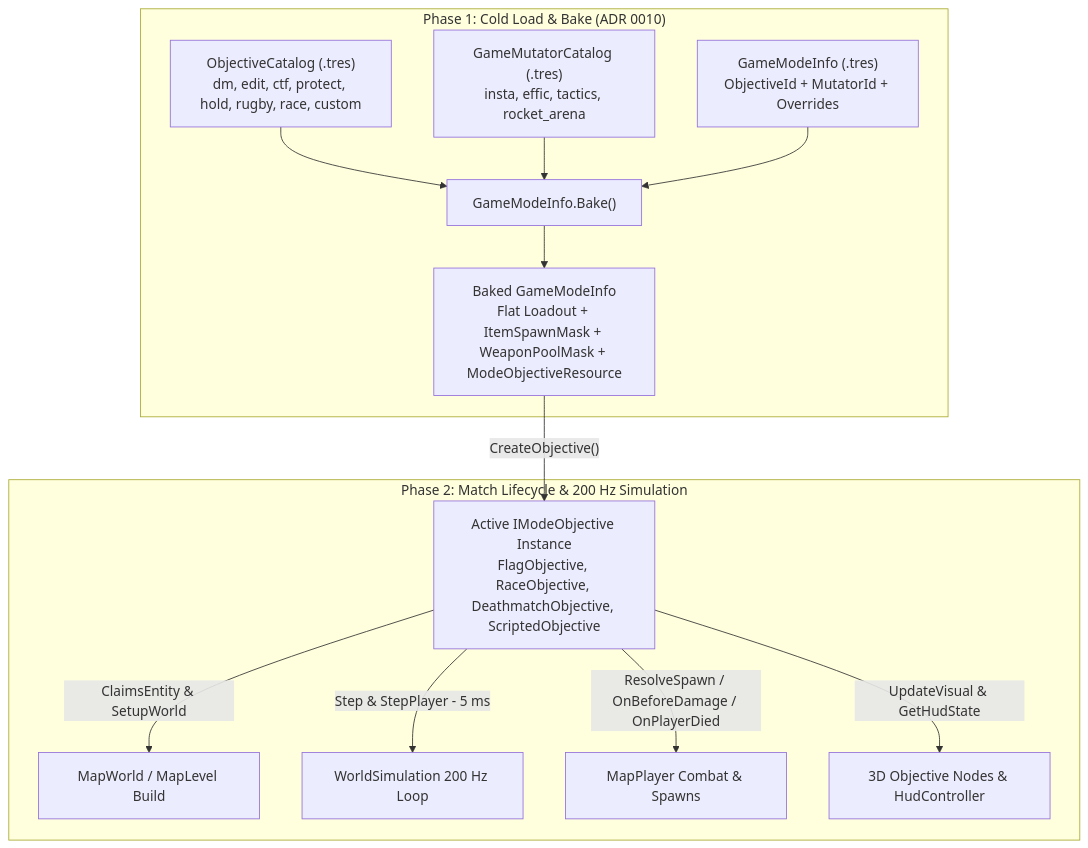
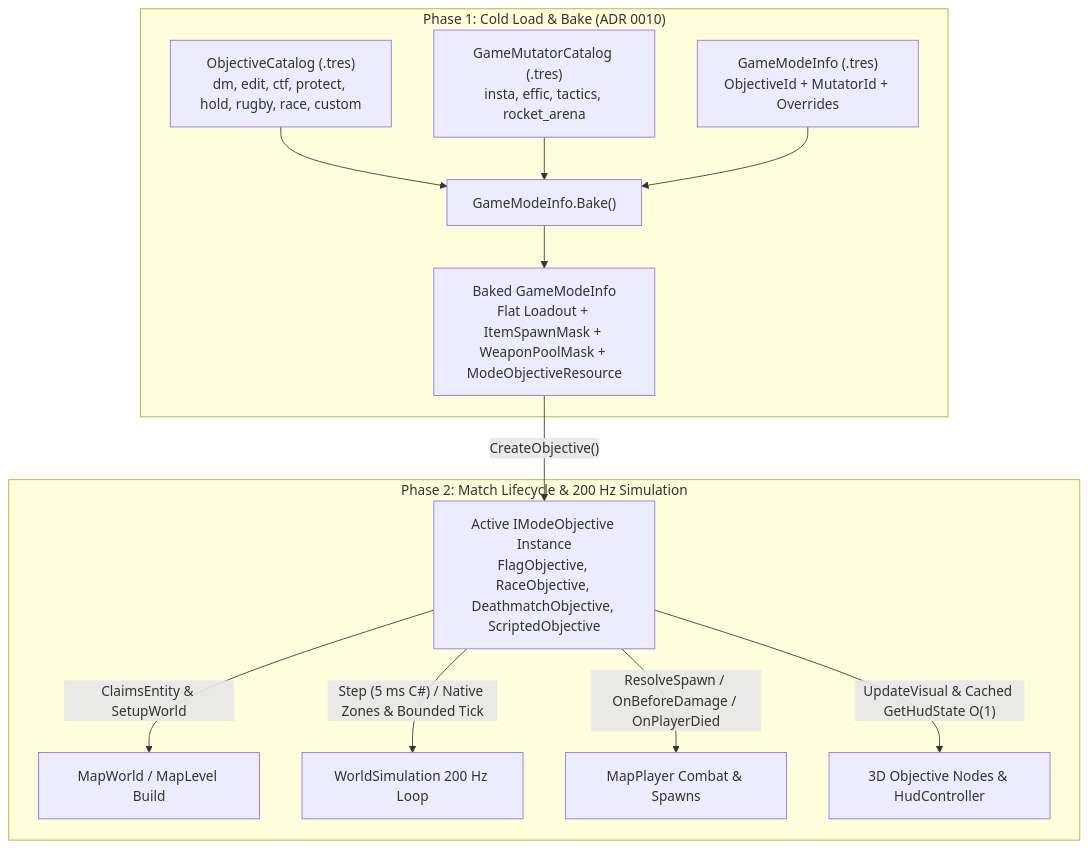
One commit to Fohlen/sauerbraten-revival changed the diagram in docs/adr/0012-gamemode-modding.md. Above: the diagram before and after it, drawn with Mermaid. The commit also changed other lines of this file, not shown here.

Commit message:
docs(adr-0012): update gamemode modding spec with event-driven and bounded script API

````diff
--- a/docs/adr/0012-gamemode-modding.md
+++ b/docs/adr/0012-gamemode-modding.md
@@ -62,17 +62,17 @@
 ```mermaid
 flowchart TD
     subgraph ColdLoad["Phase 1: Cold Load & Bake (ADR 0010)"]
         ObjCat["ObjectiveCatalog (.tres)\ndm, edit, ctf, protect, hold, rugby, race, custom"] --> Bake["GameModeInfo.Bake()"]
         MutCat["GameMutatorCatalog (.tres)\ninsta, effic, tactics, rocket_arena"] --> Bake
         ModeCat["GameModeInfo (.tres)\nObjectiveId + MutatorId + Overrides"] --> Bake
         Bake --> BakedMode["Baked GameModeInfo\nFlat Loadout + ItemSpawnMask + WeaponPoolMask + ModeObjectiveResource"]
     end
 
     subgraph Runtime["Phase 2: Match Lifecycle & 200 Hz Simulation"]
         BakedMode -->|"CreateObjective()"| ObjInst["Active IModeObjective Instance\nFlagObjective, RaceObjective, DeathmatchObjective, ScriptedObjective"]
         ObjInst -->|"ClaimsEntity & SetupWorld"| WorldBuild["MapWorld / MapLevel Build"]
-        ObjInst -->|"Step & StepPlayer - 5 ms"| SimLoop["WorldSimulation 200 Hz Loop"]
+        ObjInst -->|"Step (5 ms C#) / Native Zones & Bounded Tick"| SimLoop["WorldSimulation 200 Hz Loop"]
         ObjInst -->|"ResolveSpawn / OnBeforeDamage / OnPlayerDied"| PlayerHooks["MapPlayer Combat & Spawns"]
-        ObjInst -->|"UpdateVisual & GetHudState"| Presentation["3D Objective Nodes & HudController"]
+        ObjInst -->|"UpdateVisual & Cached GetHudState O(1)"| Presentation["3D Objective Nodes & HudController"]
     end
 ```
````
